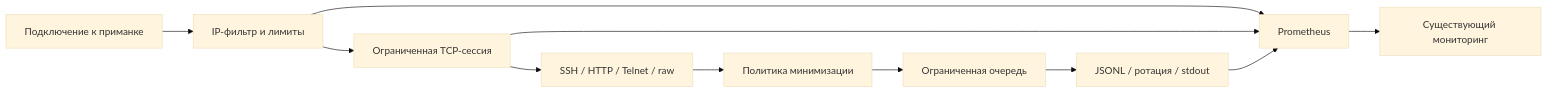
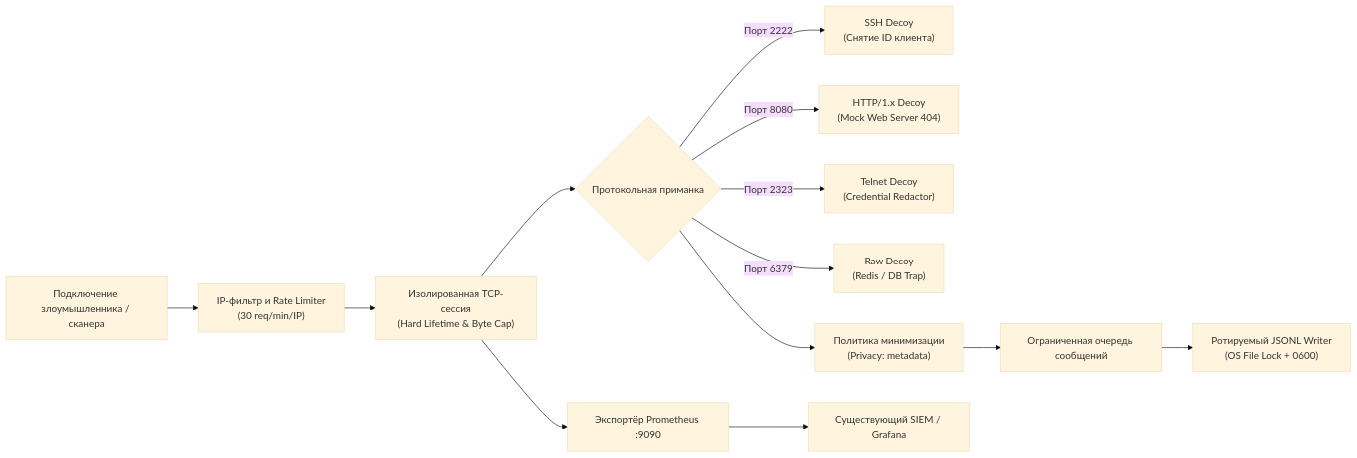
The diagram in README.md (etern1ty-crypto/HONEY-MIND), drawn with Mermaid (base theme) before and after one commit. The commit also changed other lines of this file and 2 other files, not shown here.

Commit message:
docs: enrich README with Minotaur sensor visual dashboard, live JSONL telemetry, and architecture pipeline

````diff
--- a/README.md
+++ b/README.md
@@ -40,13 +49,15 @@
 ```mermaid
 flowchart LR
-    Client[Подключение к приманке] --> Admission[IP-фильтр и лимиты]
-    Admission --> Session[Ограниченная TCP-сессия]
-    Session --> Protocol[SSH / HTTP / Telnet / raw]
-    Protocol --> Privacy[Политика минимизации]
-    Privacy --> Queue[Ограниченная очередь]
-    Queue --> Writer[JSONL / ротация / stdout]
-    Admission --> Metrics[Prometheus]
-    Session --> Metrics
-    Writer --> Metrics
-    Metrics --> Monitoring[Существующий мониторинг]
+    Attacker["Подключение злоумышленника / сканера"] --> Admission["IP-фильтр и Rate Limiter<br/>(30 req/min/IP)"]
+    Admission --> BoundedSession["Изолированная TCP-сессия<br/>(Hard Lifetime & Byte Cap)"]
+    BoundedSession --> Protocols{"Протокольная приманка"}
+    Protocols -->|Порт 2222| SSH["SSH Decoy<br/>(Снятие ID клиента)"]
+    Protocols -->|Порт 8080| HTTP["HTTP/1.x Decoy<br/>(Mock Web Server 404)"]
+    Protocols -->|Порт 2323| Telnet["Telnet Decoy<br/>(Credential Redactor)"]
+    Protocols -->|Порт 6379| Raw["Raw Decoy<br/>(Redis / DB Trap)"]
+    Protocols --> Policy["Политика минимизации<br/>(Privacy: metadata)"]
+    Policy --> Queue["Ограниченная очередь сообщений"]
+    Queue --> Writer["Ротируемый JSONL Writer<br/>(OS File Lock + 0600)"]
+    BoundedSession --> Prometheus["Экспортёр Prometheus :9090"]
+    Prometheus --> SIEM["Существующий SIEM / Grafana"]
 ```
````
